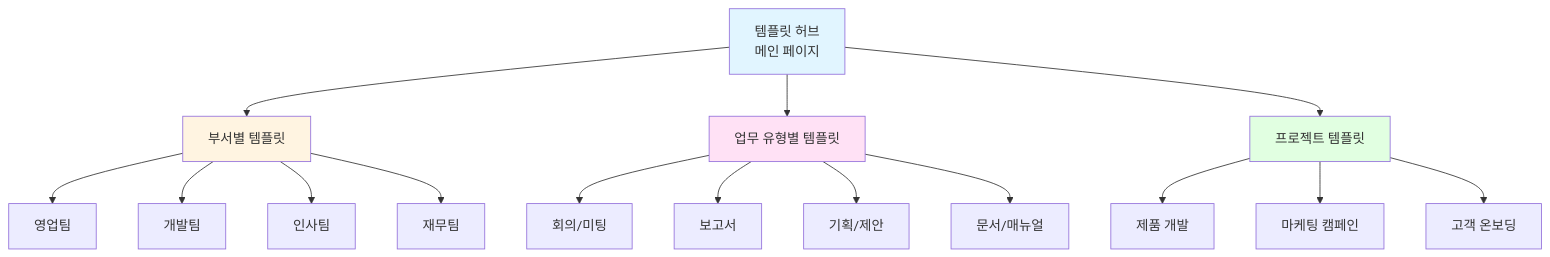
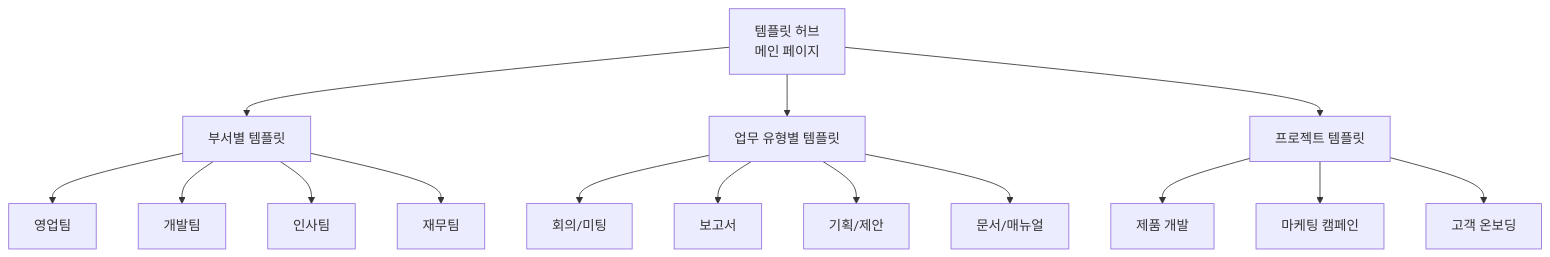
Before and after one commit to nugurejeil/weniVooks: the seventh of 9 diagrams in _md/genai-notion/chapter09/09-1.md, drawn with Mermaid. The commit also changed other lines of this file and 187 other files, not shown here.

````diff
--- a/_md/genai-notion/chapter09/09-1.md
+++ b/_md/genai-notion/chapter09/09-1.md
@@ -397,25 +382,20 @@
 ```mermaid
 flowchart TB
     A[템플릿 허브<br/>메인 페이지] --> B[부서별 템플릿]
     A --> C[업무 유형별 템플릿]
     A --> D[프로젝트 템플릿]
 
     B --> E[영업팀]
     B --> F[개발팀]
     B --> G[인사팀]
     B --> H[재무팀]
 
     C --> I[회의/미팅]
     C --> J[보고서]
     C --> K[기획/제안]
     C --> L[문서/매뉴얼]
 
     D --> M[제품 개발]
     D --> N[마케팅 캠페인]
     D --> O[고객 온보딩]
-
-    style A fill:#e1f5ff
-    style B fill:#fff4e1
-    style C fill:#ffe1f5
-    style D fill:#e1ffe1
 ```
````
